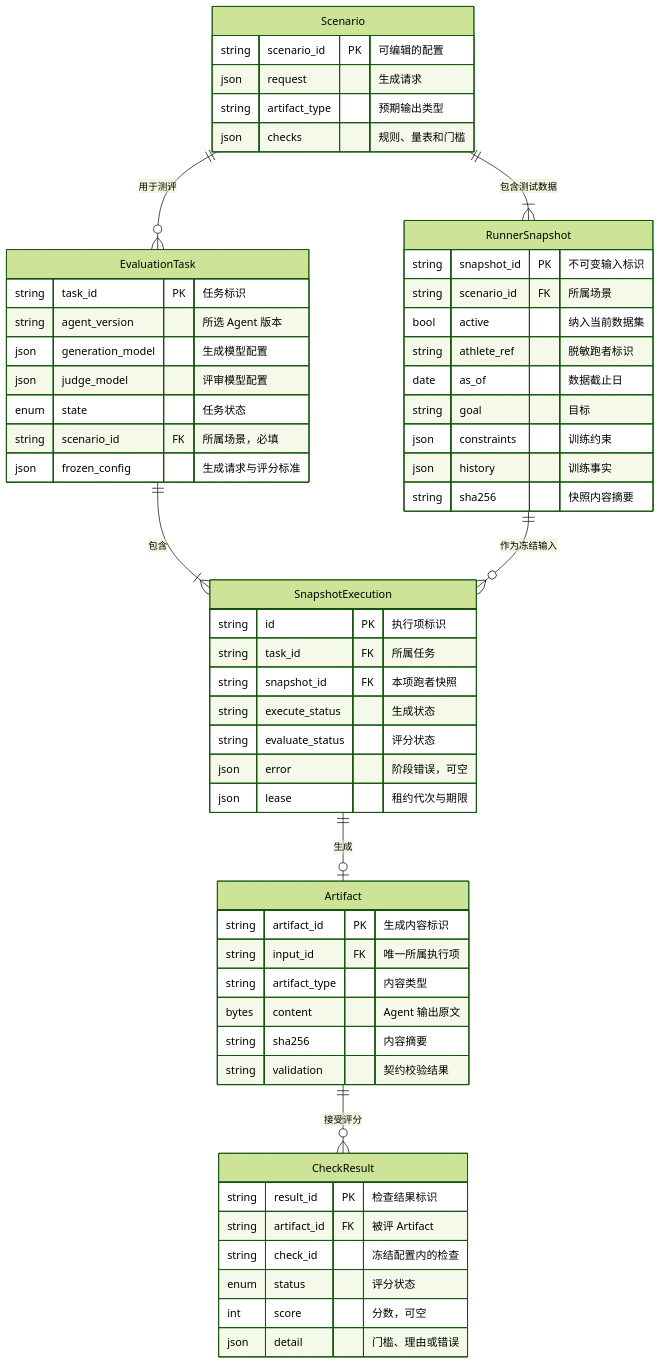
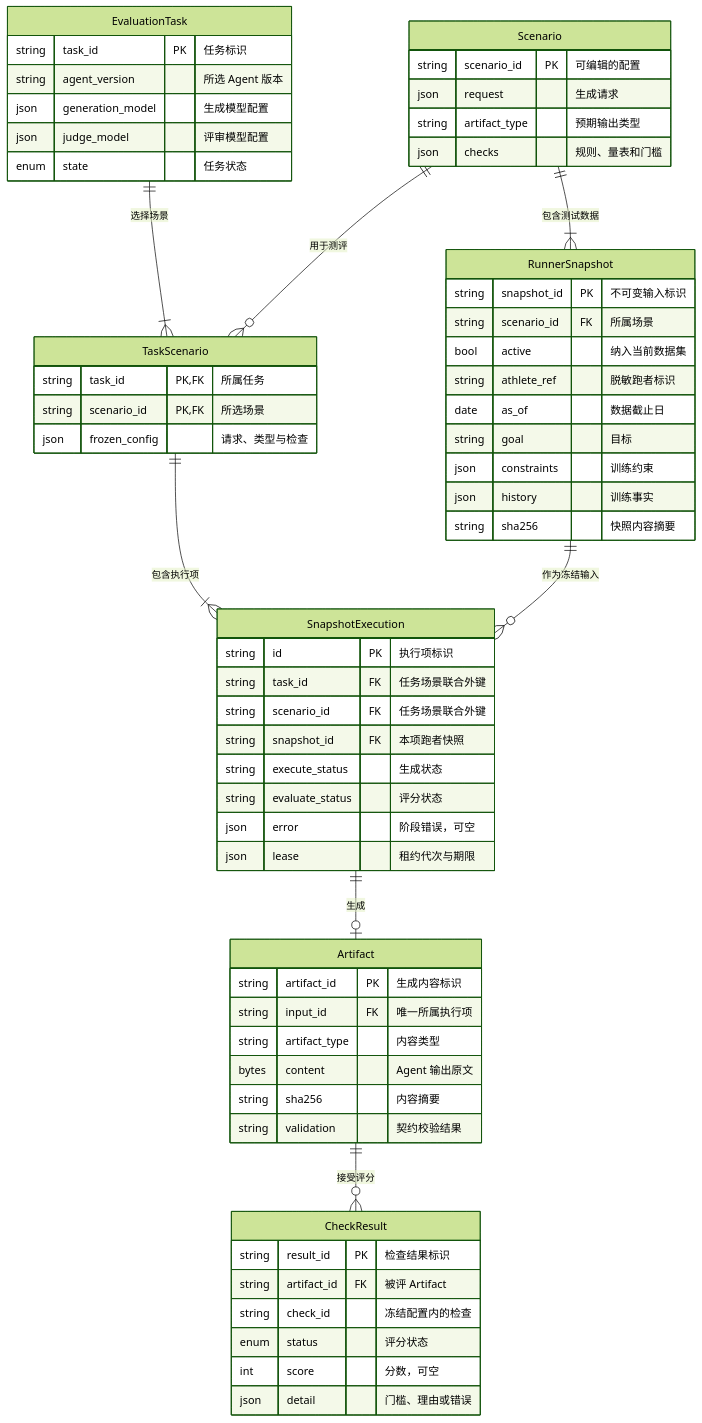
The second of 2 diagrams in docs/superpowers/specs/2026-11-23-offline-plan-eval.md (zhaochy1990/running), drawn with Mermaid (forest theme) before and after one commit. The commit also changed other lines of this file and 1 other file, not shown here.

````diff
--- a/docs/superpowers/specs/2026-11-23-offline-plan-eval.md
+++ b/docs/superpowers/specs/2026-11-23-offline-plan-eval.md
@@ -206,60 +184,65 @@
 ```mermaid
 erDiagram
     Scenario {
         string scenario_id PK "可编辑的配置"
         json request "生成请求"
         string artifact_type "预期输出类型"
         json checks "规则、量表和门槛"
     }
     RunnerSnapshot {
         string snapshot_id PK "不可变输入标识"
         string scenario_id FK "所属场景"
         bool active "纳入当前数据集"
         string athlete_ref "脱敏跑者标识"
         date as_of "数据截止日"
         string goal "目标"
         json constraints "训练约束"
         json history "训练事实"
         string sha256 "快照内容摘要"
     }
     Artifact {
         string artifact_id PK "生成内容标识"
         string input_id FK "唯一所属执行项"
         string artifact_type "内容类型"
         bytes content "Agent 输出原文"
         string sha256 "内容摘要"
         string validation "契约校验结果"
     }
     SnapshotExecution {
         string id PK "执行项标识"
-        string task_id FK "所属任务"
+        string task_id FK "任务场景联合外键"
+        string scenario_id FK "任务场景联合外键"
         string snapshot_id FK "本项跑者快照"
         string execute_status "生成状态"
         string evaluate_status "评分状态"
         json error "阶段错误，可空"
         json lease "租约代次与期限"
     }
     EvaluationTask {
         string task_id PK "任务标识"
         string agent_version "所选 Agent 版本"
         json generation_model "生成模型配置"
         json judge_model "评审模型配置"
         enum state "任务状态"
-        string scenario_id FK "所属场景，必填"
-        json frozen_config "生成请求与评分标准"
+    }
+    TaskScenario {
+        string task_id PK,FK "所属任务"
+        string scenario_id PK,FK "所选场景"
+        json frozen_config "请求、类型与检查"
     }
     CheckResult {
         string result_id PK "检查结果标识"
         string artifact_id FK "被评 Artifact"
         string check_id "冻结配置内的检查"
         enum status "评分状态"
         int score "分数，可空"
         json detail "门槛、理由或错误"
     }
-    EvaluationTask ||--|{ SnapshotExecution : "包含"
+    EvaluationTask ||--|{ TaskScenario : "选择场景"
+    TaskScenario ||--|{ SnapshotExecution : "包含执行项"
     RunnerSnapshot ||--o{ SnapshotExecution : "作为冻结输入"
     SnapshotExecution ||--o| Artifact : "生成"
     Artifact ||--o{ CheckResult : "接受评分"
-    Scenario ||--o{ EvaluationTask : "用于测评"
+    Scenario ||--o{ TaskScenario : "用于测评"
     Scenario ||--|{ RunnerSnapshot : "包含测试数据"
 ```
````
